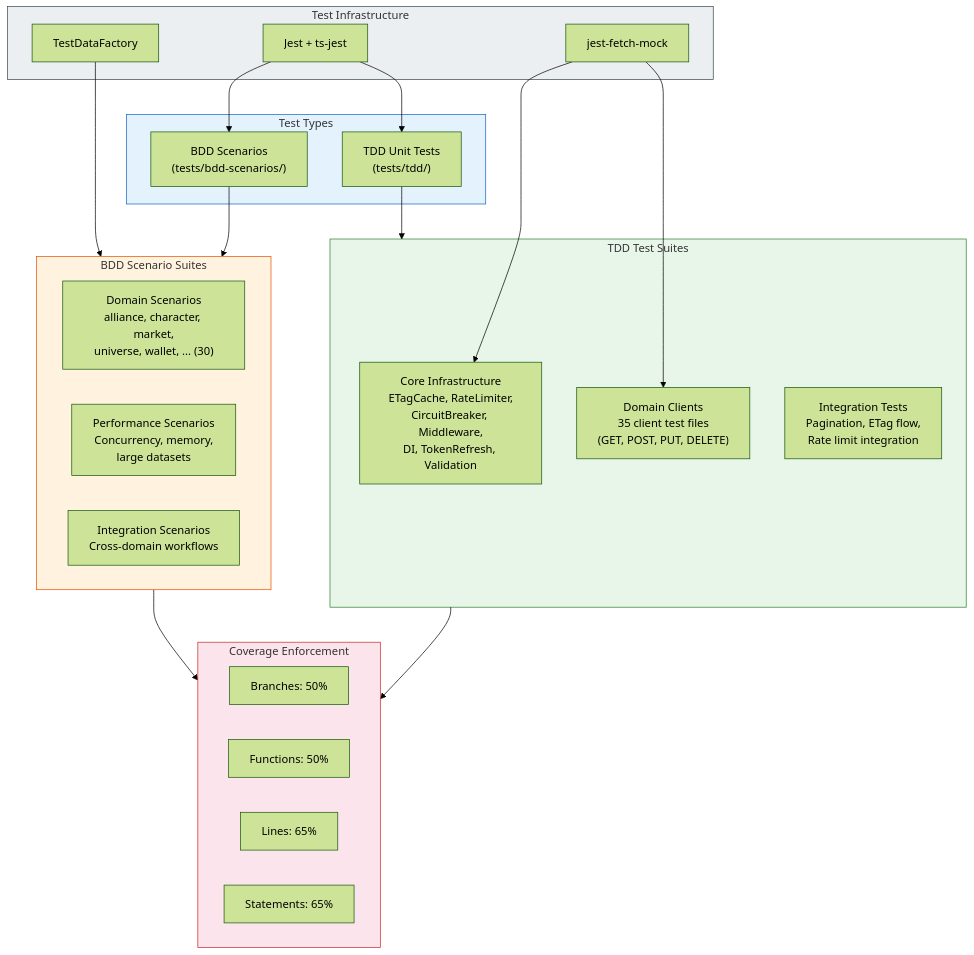
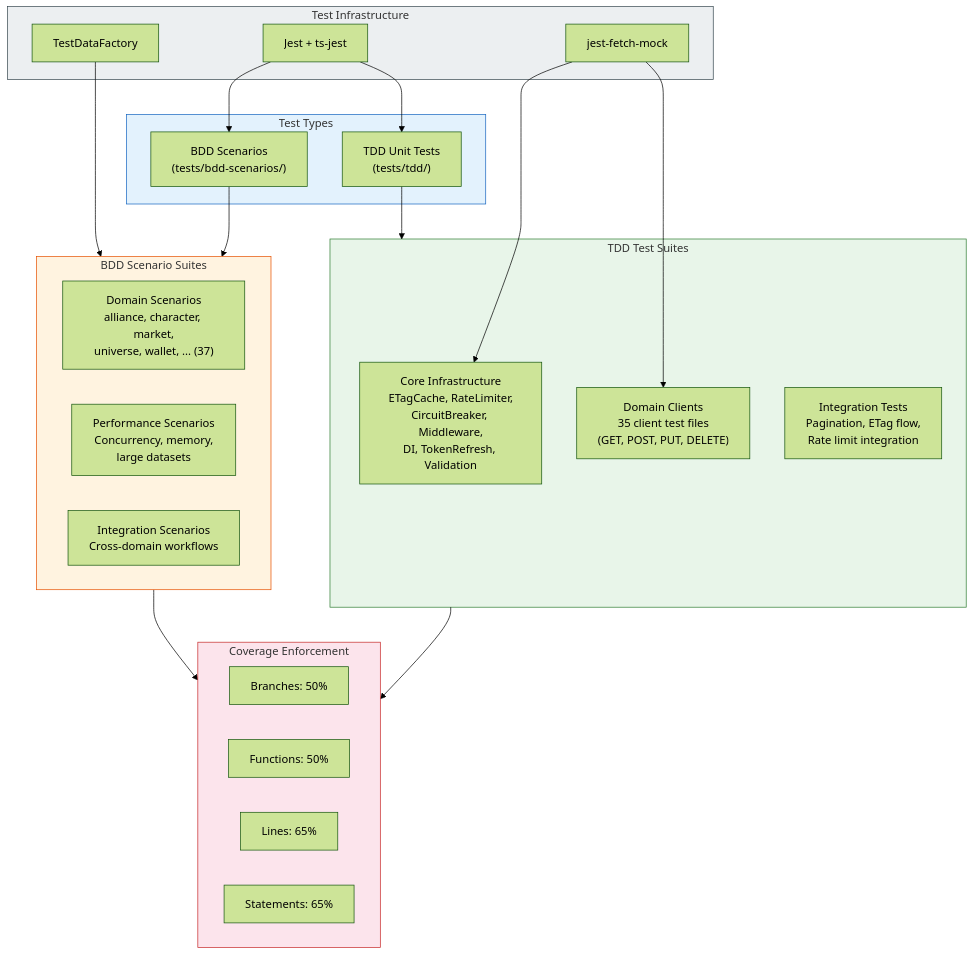
The eighth of 9 diagrams in guides/ARCHITECTURE.md (lgriffin/ESI.ts), drawn with Mermaid (forest theme) before and after one commit. The commit also changed other lines of this file and 13 other files, not shown here.

````diff
--- a/guides/ARCHITECTURE.md
+++ b/guides/ARCHITECTURE.md
@@ -428,49 +428,49 @@
 ```mermaid
 graph TB
     subgraph TestTypes["Test Types"]
         TDD["TDD Unit Tests<br/>(tests/tdd/)"]
         BDD["BDD Scenarios<br/>(tests/bdd-scenarios/)"]
     end
 
     subgraph TDDTests["TDD Test Suites"]
         Core["Core Infrastructure<br/>ETagCache, RateLimiter,<br/>CircuitBreaker, Middleware,<br/>DI, TokenRefresh, Validation"]
         Clients["Domain Clients<br/>35 client test files<br/>(GET, POST, PUT, DELETE)"]
         Integration["Integration Tests<br/>Pagination, ETag flow,<br/>Rate limit integration"]
     end
 
     subgraph BDDTests["BDD Scenario Suites"]
-        DomainBDD["Domain Scenarios<br/>alliance, character, market,<br/>universe, wallet, ... (30)"]
+        DomainBDD["Domain Scenarios<br/>alliance, character, market,<br/>universe, wallet, ... (37)"]
         PerfBDD["Performance Scenarios<br/>Concurrency, memory,<br/>large datasets"]
         IntBDD["Integration Scenarios<br/>Cross-domain workflows"]
     end
 
     subgraph Coverage["Coverage Enforcement"]
         Branches["Branches: 50%"]
         Functions["Functions: 50%"]
         Lines["Lines: 65%"]
         Statements["Statements: 65%"]
     end
 
     subgraph Tools["Test Infrastructure"]
         Jest["Jest + ts-jest"]
         FetchMock["jest-fetch-mock"]
         Factory["TestDataFactory"]
     end
 
     TDD --> TDDTests
     BDD --> BDDTests
     TDDTests --> Coverage
     BDDTests --> Coverage
 
     Jest --> TDD
     Jest --> BDD
     FetchMock --> Core
     FetchMock --> Clients
     Factory --> BDDTests
 
     style TestTypes fill:#e3f2fd,stroke:#1565c0
     style TDDTests fill:#e8f5e9,stroke:#2e7d32
     style BDDTests fill:#fff3e0,stroke:#e65100
     style Coverage fill:#fce4ec,stroke:#c62828
     style Tools fill:#eceff1,stroke:#37474f
 ```
````
